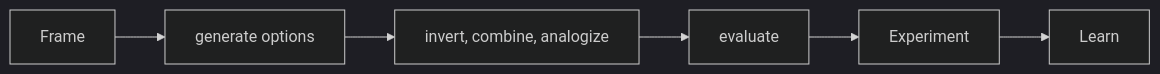
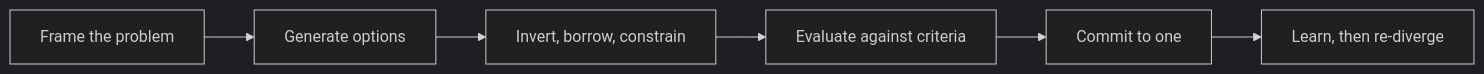
One commit to flynn3103/engineer-knowledge changed the second of 2 diagrams in craftsmanship/engineering-thinking/07-creative-and-lateral-thinking/README.md. Above: the diagram before and after it, drawn with Mermaid (dark theme). The commit also changed other lines of this file and 41 other files, not shown here.

````diff
--- a/craftsmanship/engineering-thinking/07-creative-and-lateral-thinking/README.md
+++ b/craftsmanship/engineering-thinking/07-creative-and-lateral-thinking/README.md
@@ -12,8 +12,8 @@
 ```mermaid
 flowchart LR
-    Frame --> Diverge[generate options]
-    Diverge --> Transform[invert, combine, analogize]
-    Transform --> Converge[evaluate]
-    Converge --> Experiment
-    Experiment --> Learn
+    Frame[Frame the problem] --> Diverge[Generate options]
+    Diverge --> Transform[Invert, borrow, constrain]
+    Transform --> Converge[Evaluate against criteria]
+    Converge --> Commit[Commit to one]
+    Commit --> Learn[Learn, then re-diverge]
 ```
````
